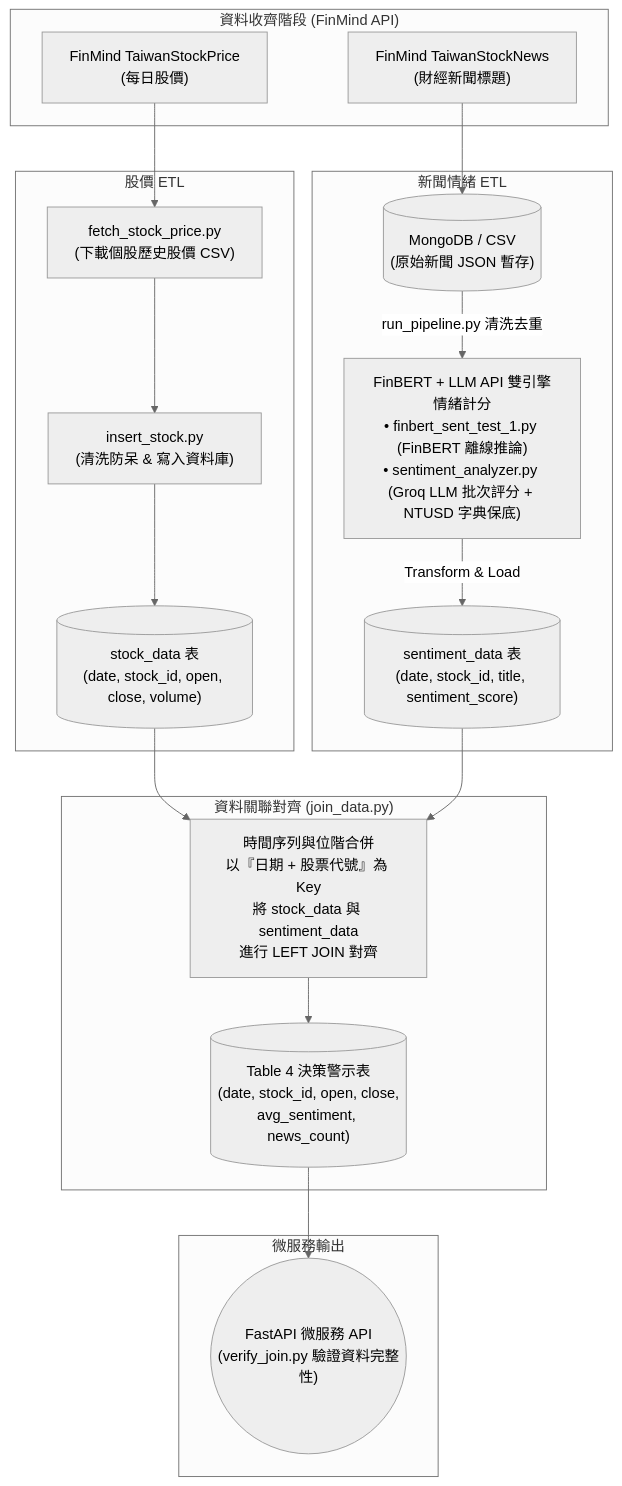
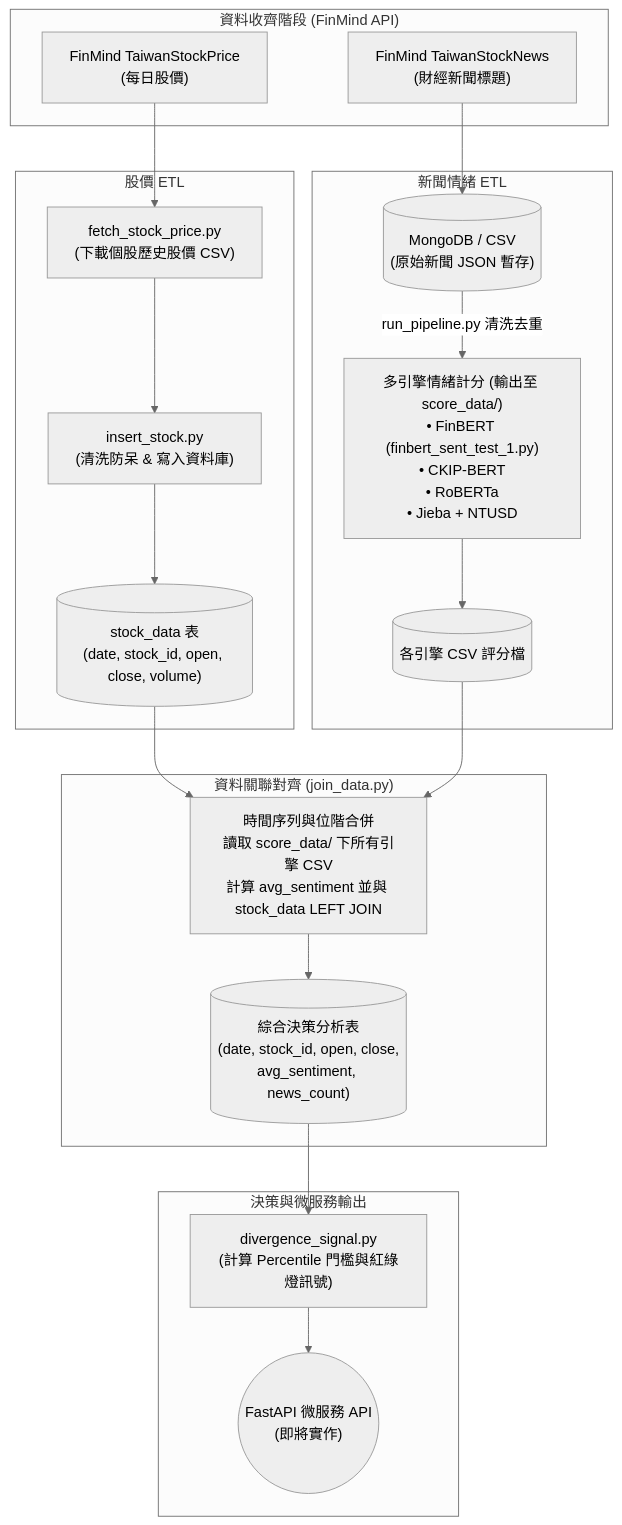
The diagram in README.md (FinMood/Stock-Market-Sentiment-Analysis-System), drawn with Mermaid (neutral theme) before and after one commit. The commit also changed other lines of this file and 8 other files, not shown here.

````diff
--- a/README.md
+++ b/README.md
@@ -136,41 +137,43 @@
 ```mermaid
 graph TD
     subgraph Source["資料收齊階段 (FinMind API)"]
         A["FinMind TaiwanStockNews\n(財經新聞標題)"]
         B["FinMind TaiwanStockPrice\n(每日股價)"]
     end
 
     subgraph Stock_ETL["股價 ETL"]
         B1["fetch_stock_price.py\n(下載個股歷史股價 CSV)"]
         B2["insert_stock.py\n(清洗防呆 & 寫入資料庫)"]
         B3[("stock_data 表\n(date, stock_id, open, close, volume)")]
     end
 
     subgraph News_ETL["新聞情緒 ETL"]
         C[("MongoDB / CSV\n(原始新聞 JSON 暫存)")]
-        D["FinBERT + LLM API 雙引擎情緒計分\n• finbert_sent_test_1.py (FinBERT 離線推論)\n• sentiment_analyzer.py (Groq LLM 批次評分 + NTUSD 字典保底)"]
-        E[("sentiment_data 表\n(date, stock_id, title, sentiment_score)")]
+        D["多引擎情緒計分 (輸出至 score_data/)\n• FinBERT (finbert_sent_test_1.py)\n• CKIP-BERT\n• RoBERTa\n• Jieba + NTUSD"]
+        E[("各引擎 CSV 評分檔")]
     end
 
     subgraph Integration["資料關聯對齊 (join_data.py)"]
-        F["時間序列與位階合併\n以『日期 + 股票代號』為 Key\n將 stock_data 與 sentiment_data\n進行 LEFT JOIN 對齊"]
-        G[("Table 4 決策警示表\n(date, stock_id, open, close,\navg_sentiment, news_count)")]
+        F["時間序列與位階合併\n讀取 score_data/ 下所有引擎 CSV\n計算 avg_sentiment 並與 stock_data LEFT JOIN"]
+        G[("綜合決策分析表\n(date, stock_id, open, close,\navg_sentiment, news_count)")]
     end
 
-    subgraph Serve["微服務輸出"]
-        H(("FastAPI 微服務 API\n(verify_join.py 驗證資料完整性)"))
+    subgraph Signal_Module["決策與微服務輸出"]
+        H["divergence_signal.py\n(計算 Percentile 門檻與紅綠燈訊號)"]
+        I(("FastAPI 微服務 API\n(即將實作)"))
     end
 
     A --> C
     B --> B1
     B1 --> B2
     B2 --> B3
 
     C -->|run_pipeline.py 清洗去重| D
-    D -->|Transform & Load| E
+    D --> E
 
     B3 --> F
     E --> F
     F --> G
     G --> H
+    H --> I
 ```
````
